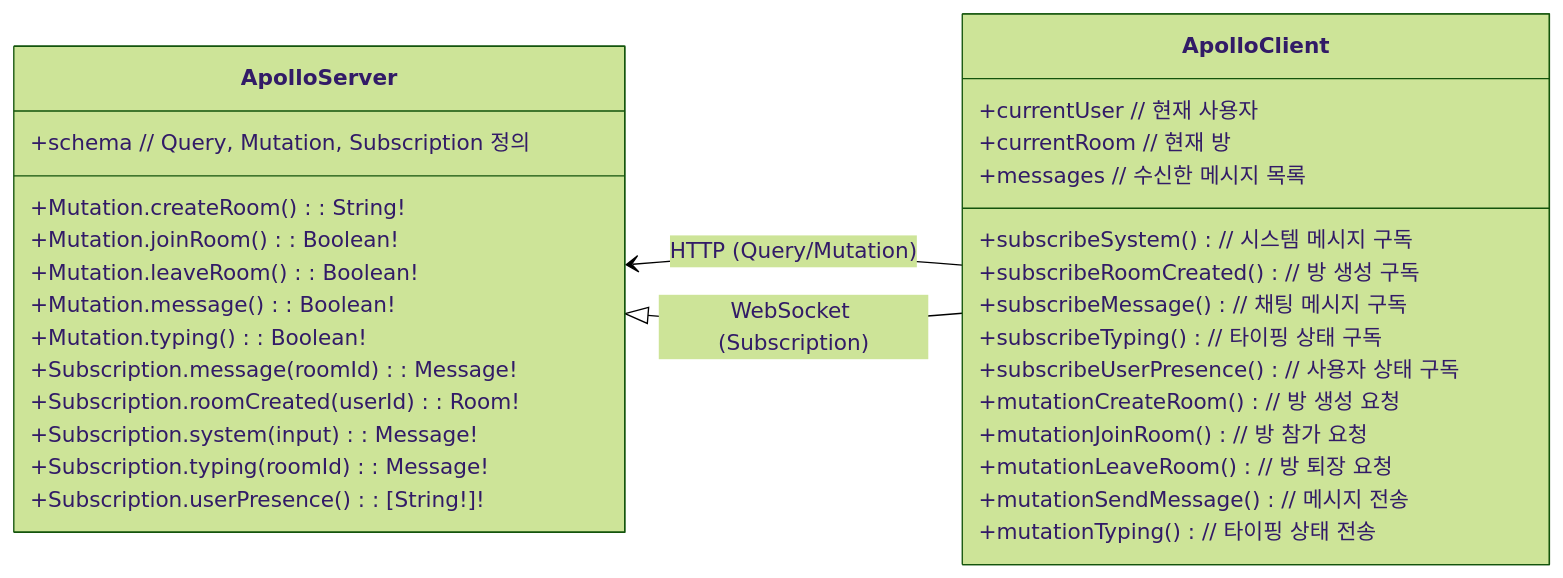
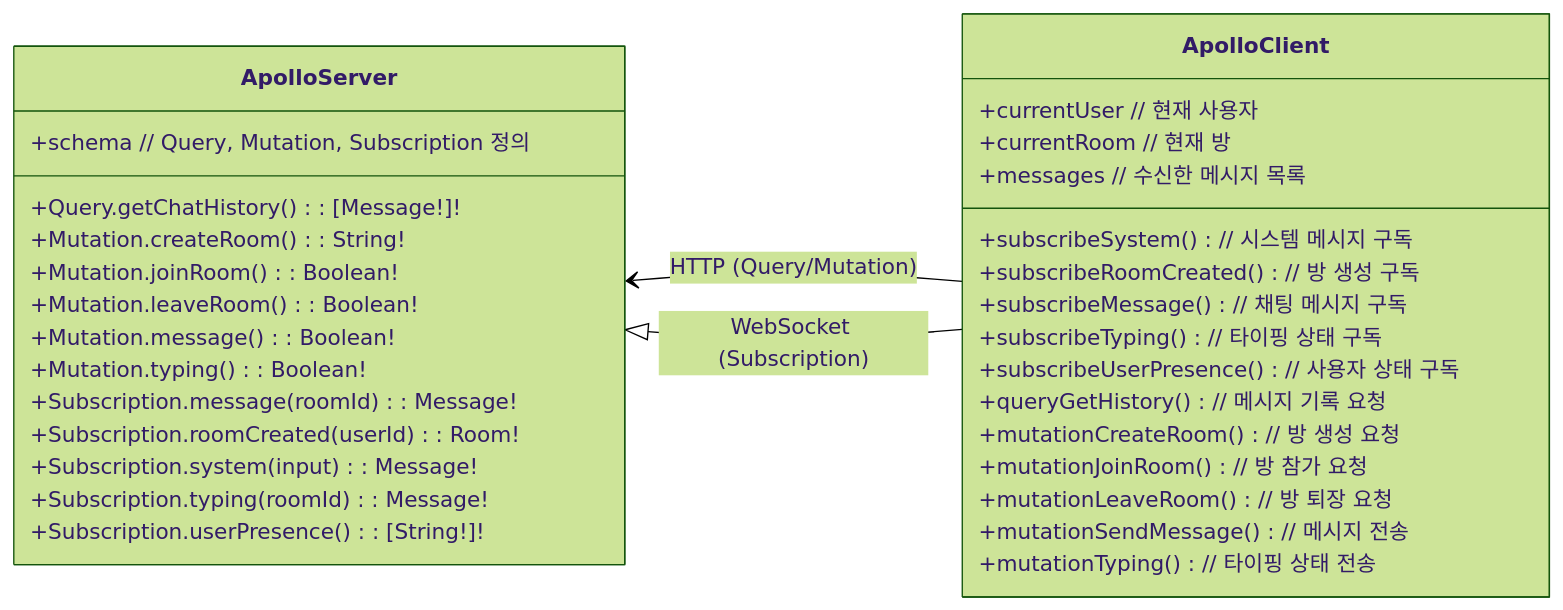
One commit to NarciSource/Chat-GraphQL changed the first of 2 diagrams in README.md. Above: the diagram before and after it, drawn with Mermaid (forest theme). The commit also changed other lines of this file, not shown here.

````diff
--- a/README.md
+++ b/README.md
@@ -94,37 +105,39 @@
 ```mermaid
 classDiagram
     direction RL
 
     class ApolloClient {
         +currentUser // 현재 사용자
         +currentRoom // 현재 방
         +messages // 수신한 메시지 목록
         +subscribeSystem() // 시스템 메시지 구독
         +subscribeRoomCreated() // 방 생성 구독
         +subscribeMessage() // 채팅 메시지 구독
         +subscribeTyping() // 타이핑 상태 구독
         +subscribeUserPresence() // 사용자 상태 구독
+        +queryGetHistory() // 메시지 기록 요청
         +mutationCreateRoom() // 방 생성 요청
         +mutationJoinRoom() // 방 참가 요청
         +mutationLeaveRoom() // 방 퇴장 요청
         +mutationSendMessage() // 메시지 전송
         +mutationTyping() // 타이핑 상태 전송
     }
 
     class ApolloServer {
         +schema // Query, Mutation, Subscription 정의
+        +Query.getChatHistory() : [Message!]!
         +Mutation.createRoom() : String!
         +Mutation.joinRoom() : Boolean!
         +Mutation.leaveRoom() : Boolean!
         +Mutation.message() : Boolean!
         +Mutation.typing() : Boolean!
         +Subscription.message(roomId) : Message!
         +Subscription.roomCreated(userId) : Room!
         +Subscription.system(input) : Message!
         +Subscription.typing(roomId) : Message!
         +Subscription.userPresence() : [String!]!
     }
 
     ApolloClient --> ApolloServer : HTTP (Query/Mutation)
     ApolloClient --|> ApolloServer : WebSocket (Subscription)
 ```
````
